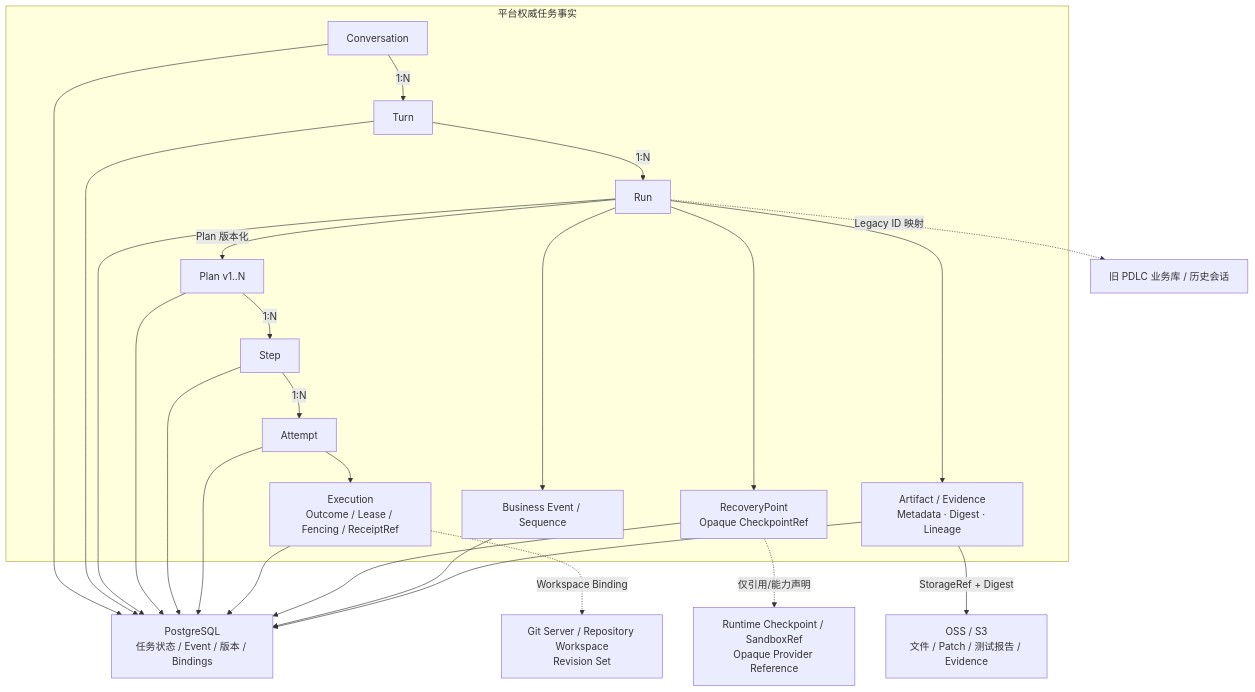
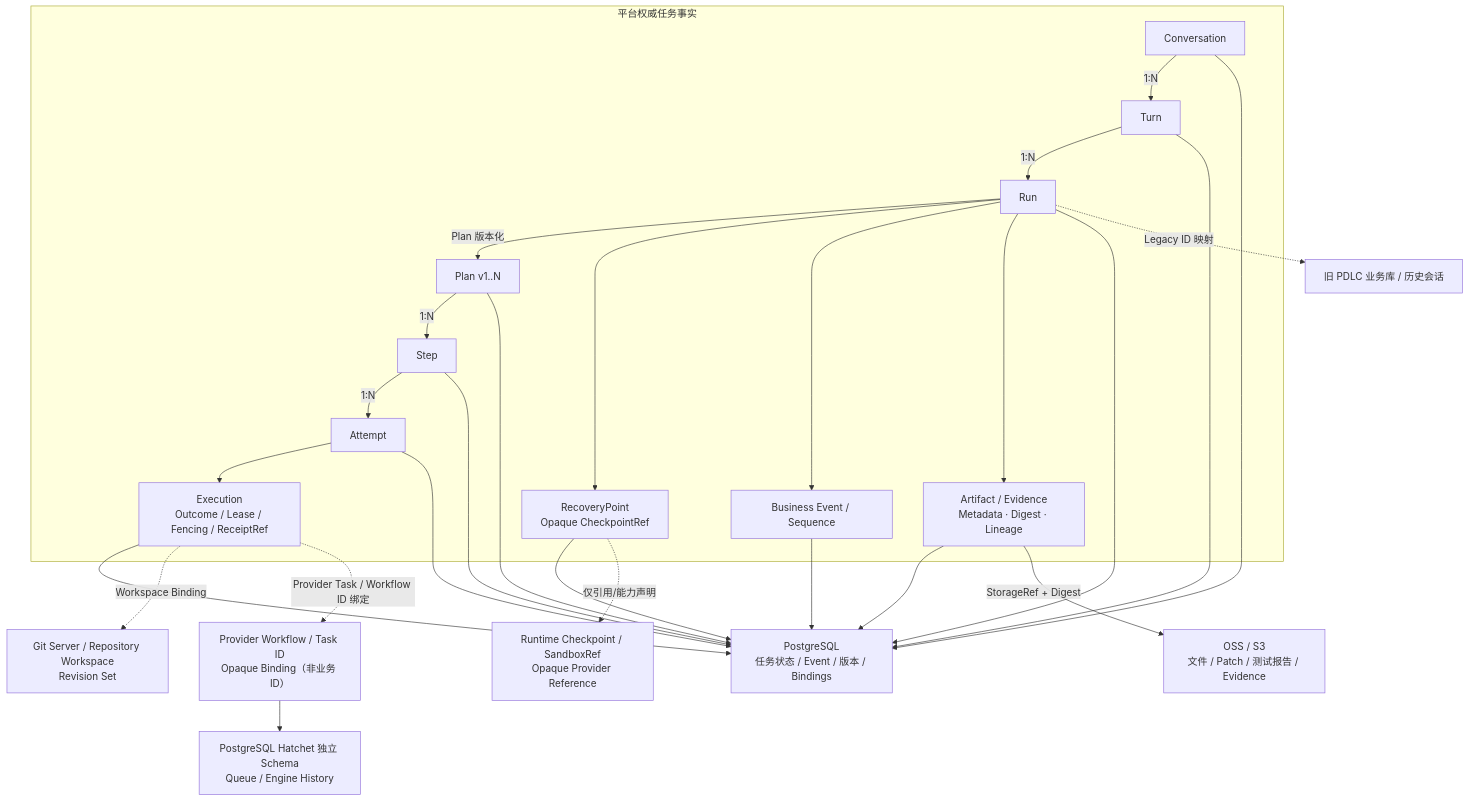
One commit to Bulls1986/Agent-Harness-Platform changed the seventh of 11 diagrams in README.md. Above: the diagram before and after it, drawn with Mermaid. The commit also changed other lines of this file and 19 other files, not shown here.

First line of the commit message:
architecture(harness): adopt Hatchet Durable SPI baseline, reject DBOS

````diff
--- a/README.md
+++ b/README.md
@@ -348,24 +355,28 @@
 ```mermaid
 flowchart TB
   subgraph DOMAIN["平台权威任务事实"]
     C["Conversation"] -->|"1:N"| T["Turn"]
     T -->|"1:N"| R["Run"]
     R -->|"Plan 版本化"| P["Plan v1..N"]
     P -->|"1:N"| S["Step"]
     S -->|"1:N"| A["Attempt"]
     A --> E["Execution\nOutcome / Lease / Fencing / ReceiptRef"]
     R --> RP["RecoveryPoint\nOpaque CheckpointRef"]
     R --> EV["Business Event / Sequence"]
     R --> AR["Artifact / Evidence\nMetadata · Digest · Lineage"]
   end
   PG["PostgreSQL\n任务状态 / Event / 版本 / Bindings"]
   OSS["OSS / S3\n文件 / Patch / 测试报告 / Evidence"]
   GIT["Git Server / Repository Workspace\nRevision Set"]
   EXT["旧 PDLC 业务库 / 历史会话"]
   NATIVE["Runtime Checkpoint / SandboxRef\nOpaque Provider Reference"]
+  HP["Provider Workflow / Task ID\nOpaque Binding（非业务 ID）"]
+  HPG["PostgreSQL Hatchet 独立 Schema\nQueue / Engine History"]
   C & T & R & P & S & A & E & RP & EV & AR --> PG
   AR -->|"StorageRef + Digest"| OSS
   E -. "Workspace Binding" .-> GIT
   R -. "Legacy ID 映射" .-> EXT
   RP -. "仅引用/能力声明" .-> NATIVE
+  E -. "Provider Task / Workflow ID 绑定" .-> HP
+  HP --> HPG
 ```
````
